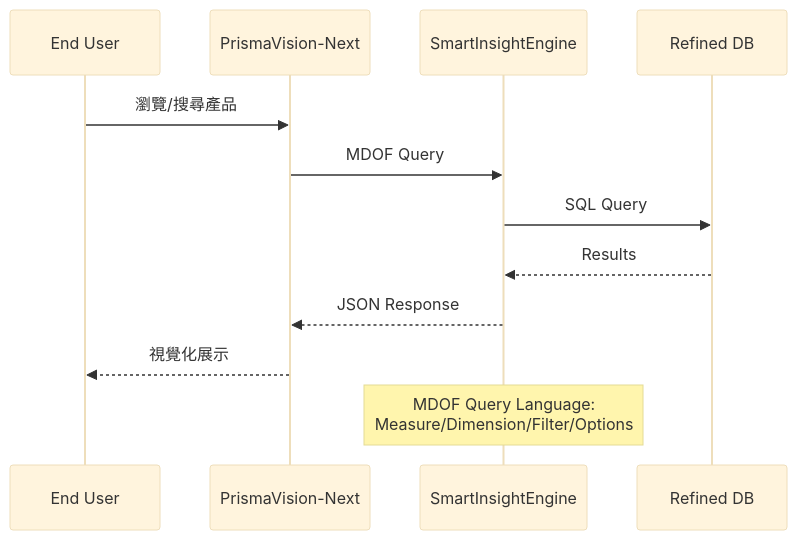
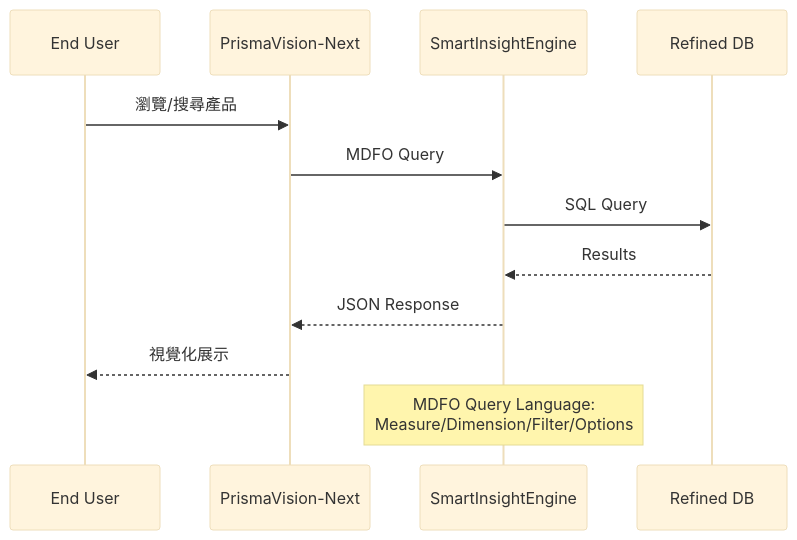
One commit to mapleelpam/LuminNexus-LearningMap changed the second of 2 diagrams in projects/prismavision/00_overview.md. Above: the diagram before and after it, drawn with Mermaid (base theme). The commit also changed other lines of this file and 18 other files, not shown here.

First line of the commit message:
chore: MDOF → MDFO 全 repo 正名

````diff
--- a/projects/prismavision/00_overview.md
+++ b/projects/prismavision/00_overview.md
@@ -132,16 +132,16 @@
 ```mermaid
 sequenceDiagram
     participant U as End User
     participant UI as PrismaVision-Next
     participant SI as SmartInsightEngine
     participant DB as Refined DB
 
     U->>UI: 瀏覽/搜尋產品
-    UI->>SI: MDOF Query
+    UI->>SI: MDFO Query
     SI->>DB: SQL Query
     DB-->>SI: Results
     SI-->>UI: JSON Response
     UI-->>U: 視覺化展示
 
-    Note over SI: MDOF Query Language:<br/>Measure/Dimension/Filter/Options
+    Note over SI: MDFO Query Language:<br/>Measure/Dimension/Filter/Options
 ```
````
